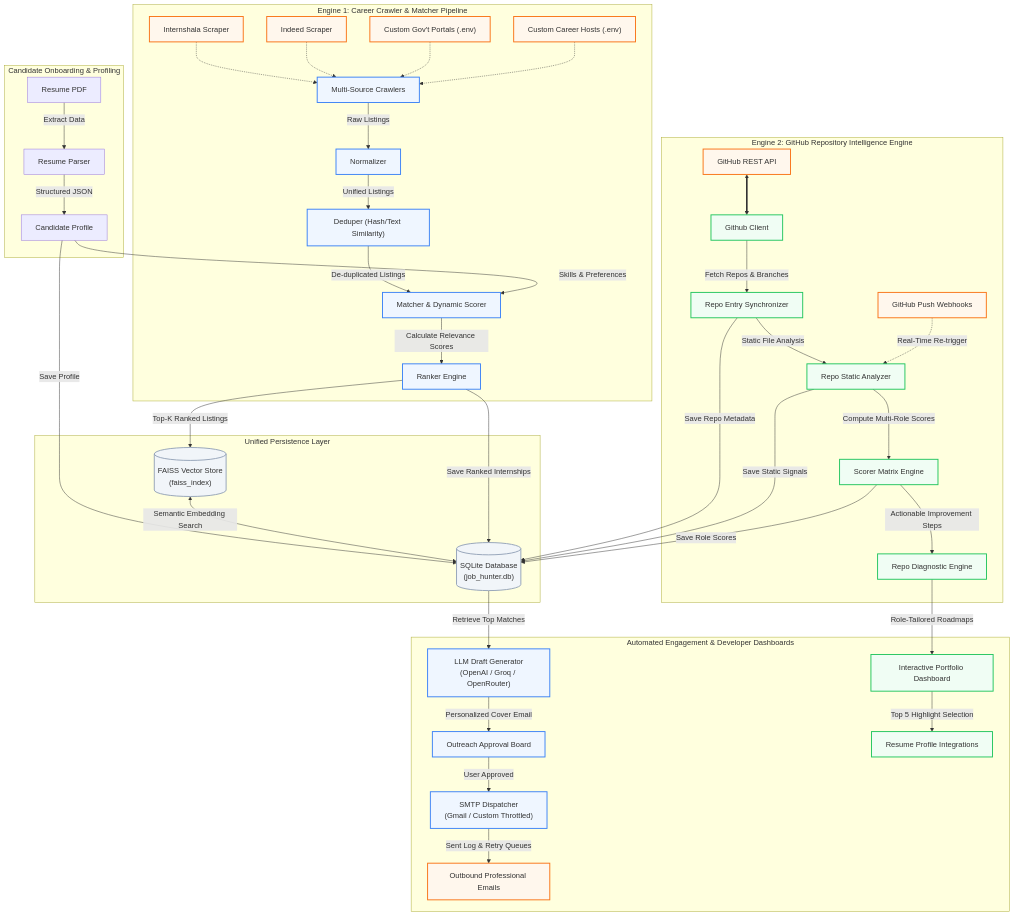
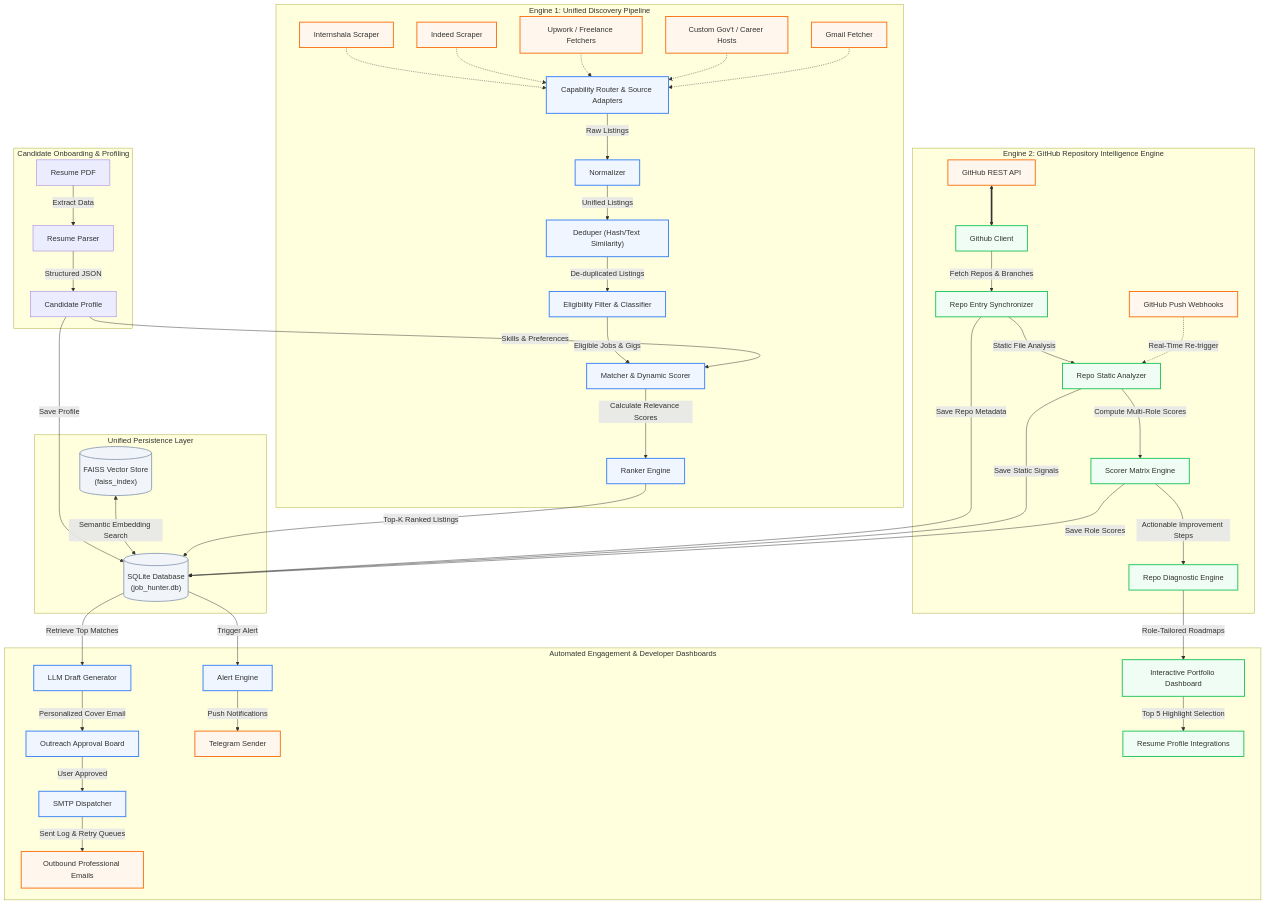
The first of 4 diagrams in README.md (keshavmishra27/job-hunter), drawn with Mermaid before and after one commit. The commit also changed other lines of this file and 52 other files, not shown here.

````diff
--- a/README.md
+++ b/README.md
@@ -14,77 +14,80 @@
 ```mermaid
 graph TD
     %% Base styling
     classDef database fill:#f1f5f9,stroke:#94a3b8,stroke-width:2px;
     classDef engineA fill:#eff6ff,stroke:#3b82f6,stroke-width:2px;
     classDef engineB fill:#f0fdf4,stroke:#22c55e,stroke-width:2px;
     classDef external fill:#fff7ed,stroke:#f97316,stroke-width:2px;
     classDef output fill:#faf5ff,stroke:#a855f7,stroke-width:2px;
 
     subgraph User onboarding [" Candidate Onboarding & Profiling "]
         A1["Resume PDF"] -->|"Extract Data"| B1["Resume Parser"]
         B1 -->|"Structured JSON"| C1["Candidate Profile"]
     end
 
     subgraph Database [" Unified Persistence Layer "]
         DB[("SQLite Database<br>(job_hunter.db)")]:::database
         VS[("FAISS Vector Store<br>(faiss_index)")]:::database
         C1 -->|"Save Profile"| DB
         VS <-->|"Semantic Embedding Search"| DB
     end
 
-    %% Engine A: Career Crawler & Matcher
-    subgraph EngineA ["  Engine 1: Career Crawler & Matcher Pipeline "]
-        D_API["Multi-Source Crawlers"]:::engineA
+    %% Engine A: Unified Discovery Pipeline
+    subgraph EngineA [" Engine 1: Unified Discovery Pipeline "]
+        D_API["Capability Router & Source Adapters"]:::engineA
         D_API -->|"Raw Listings"| E_NORM["Normalizer"]:::engineA
         E_NORM -->|"Unified Listings"| F_DEDUP["Deduper (Hash/Text Similarity)"]:::engineA
-        F_DEDUP -->|"De-duplicated Listings"| G_MATCH["Matcher & Dynamic Scorer"]:::engineA
+        F_DEDUP -->|"De-duplicated Listings"| G_FILTER["Eligibility Filter & Classifier"]:::engineA
+        G_FILTER -->|"Eligible Jobs & Gigs"| G_MATCH["Matcher & Dynamic Scorer"]:::engineA
         
         %% Crawler Sources
         D_API1["Internshala Scraper"]:::external -.-> D_API
         D_API2["Indeed Scraper"]:::external -.-> D_API
-        D_API3["Custom Gov't Portals (.env)"]:::external -.-> D_API
-        D_API4["Custom Career Hosts (.env)"]:::external -.-> D_API
+        D_API3["Upwork / Freelance Fetchers"]:::external -.-> D_API
+        D_API4["Custom Gov't / Career Hosts"]:::external -.-> D_API
+        D_API5["Gmail Fetcher"]:::external -.-> D_API
         
         C1 -->|"Skills & Preferences"| G_MATCH
         G_MATCH -->|"Calculate Relevance Scores"| H_RANK["Ranker Engine"]:::engineA
-        H_RANK -->|"Top-K Ranked Listings"| VS
+        H_RANK -->|"Top-K Ranked Listings"| DB
     end
 
     %% Engine B: Portfolio Intelligence
-    subgraph EngineB ["  Engine 2: GitHub Repository Intelligence Engine "]
+    subgraph EngineB [" Engine 2: GitHub Repository Intelligence Engine "]
         J_GH["Github Client"]:::engineB
         J_GH -->|"Fetch Repos & Branches"| K_SYNC["Repo Entry Synchronizer"]:::engineB
         K_SYNC -->|"Static File Analysis"| L_ANAL["Repo Static Analyzer"]:::engineB
         
         %% External GitHub
         GH_API["GitHub REST API"]:::external <==> J_GH
         GH_WEB["GitHub Push Webhooks"]:::external -.->|"Real-Time Re-trigger"| L_ANAL
         
         L_ANAL -->|"Compute Multi-Role Scores"| M_SCOR["Scorer Matrix Engine"]:::engineB
         M_SCOR -->|"Actionable Improvement Steps"| N_DIAG["Repo Diagnostic Engine"]:::engineB
     end
 
     K_SYNC -->|"Save Repo Metadata"| DB
     L_ANAL -->|"Save Static Signals"| DB
     M_SCOR -->|"Save Role Scores"| DB
-    H_RANK -->|"Save Ranked Internships"| DB
 
     %% Dynamic Outputs
     subgraph Outputs [" Automated Engagement & Developer Dashboards "]
-        %% Outbound Outreach
-        DB -->|"Retrieve Top Matches"| P_DRAFT["LLM Draft Generator<br>(OpenAI / Groq / OpenRouter)"]:::output
+        %% Outbound Outreach & Alerts
+        DB -->|"Retrieve Top Matches"| P_DRAFT["LLM Draft Generator"]:::output
+        DB -->|"Trigger Alert"| ALERT["Alert Engine"]:::output
         P_DRAFT -->|"Personalized Cover Email"| Q_EDIT["Outreach Approval Board"]:::output
-        Q_EDIT -->|"User Approved"| R_SMTP["SMTP Dispatcher<br>(Gmail / Custom Throttled)"]:::output
+        Q_EDIT -->|"User Approved"| R_SMTP["SMTP Dispatcher"]:::output
         R_SMTP -->|"Sent Log & Retry Queues"| S_EMAIL["Outbound Professional Emails"]:::external
+        ALERT -->|"Push Notifications"| S_TG["Telegram Sender"]:::external
         
         %% Repo Improvements
         N_DIAG -->|"Role-Tailored Roadmaps"| T_DASH["Interactive Portfolio Dashboard"]:::output
         T_DASH -->|"Top 5 Highlight Selection"| U_RESUME["Resume Profile Integrations"]:::output
     end
 
     %% Class bindings
     class DB,VS database;
-    class D_API,E_NORM,F_DEDUP,G_MATCH,H_RANK,P_DRAFT,Q_EDIT,R_SMTP engineA;
+    class D_API,E_NORM,F_DEDUP,G_FILTER,G_MATCH,H_RANK,P_DRAFT,Q_EDIT,R_SMTP,ALERT engineA;
     class J_GH,K_SYNC,L_ANAL,M_SCOR,N_DIAG,T_DASH,U_RESUME engineB;
-    class D_API1,D_API2,D_API3,D_API4,GH_API,GH_WEB,S_EMAIL external;
+    class D_API1,D_API2,D_API3,D_API4,D_API5,GH_API,GH_WEB,S_EMAIL,S_TG external;
 ```
````
